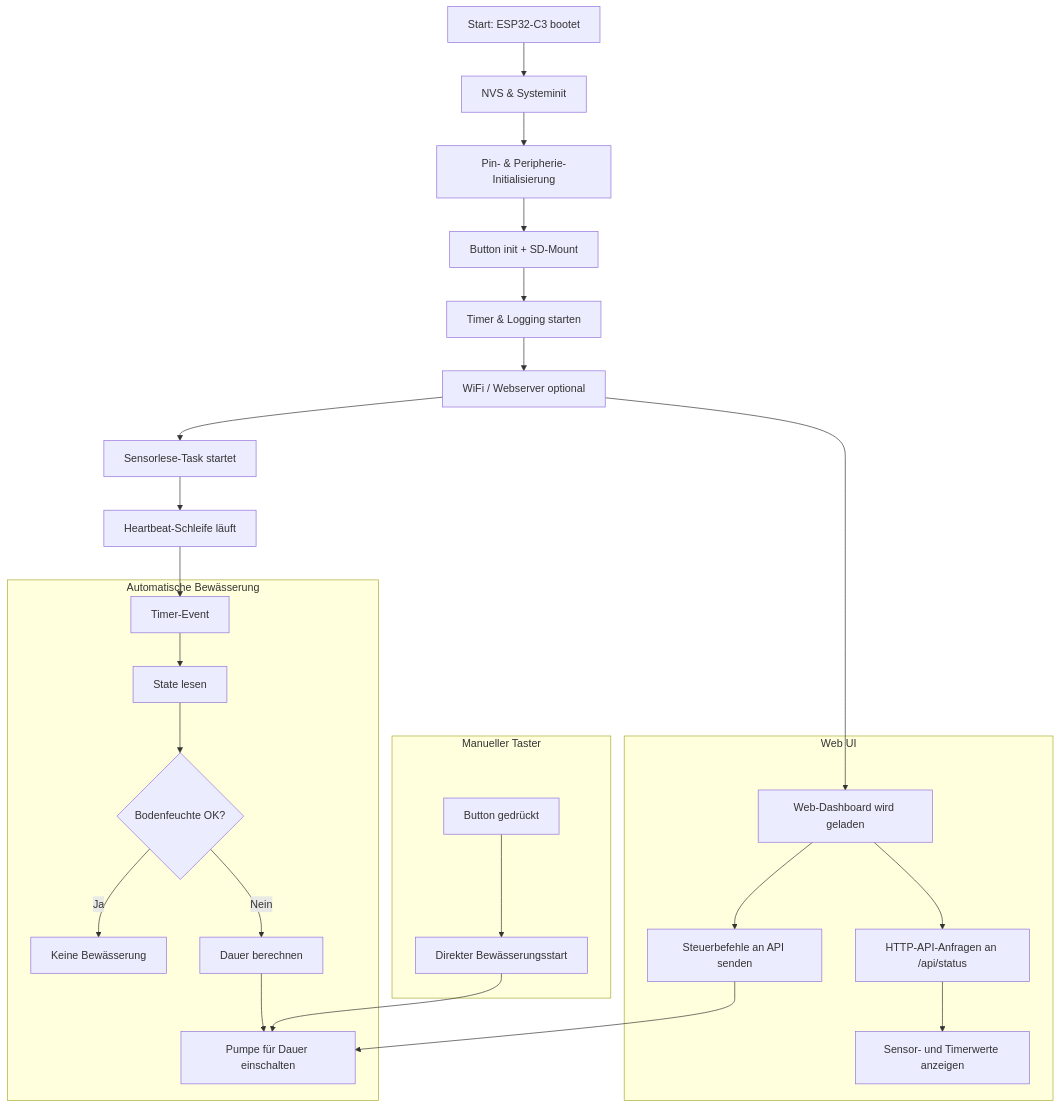
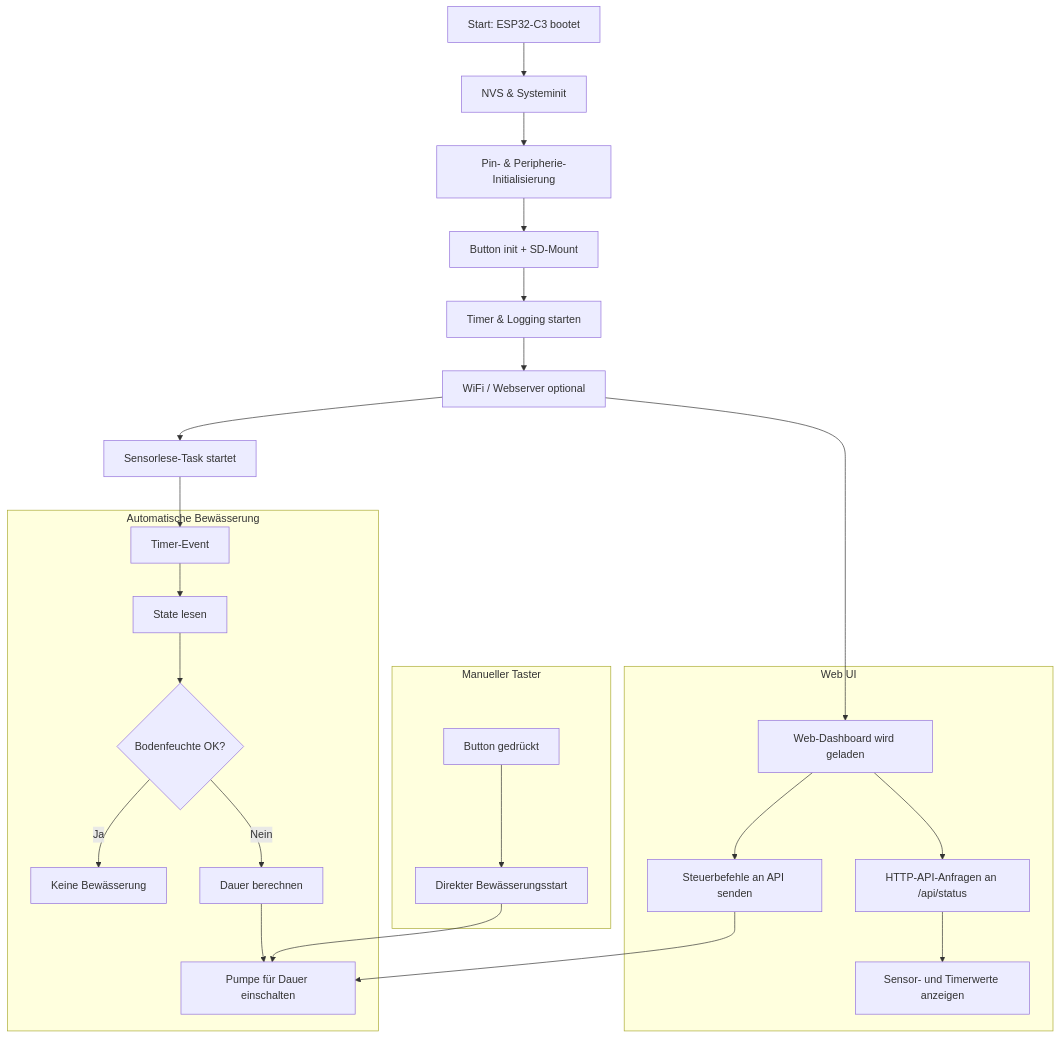
The diagram in README.md (Phantom-448/Plant_Irigation), drawn with Mermaid before and after one commit. The commit also changed other lines of this file and 3 other files, not shown here.

````diff
--- a/README.md
+++ b/README.md
@@ -63,34 +62,34 @@
 ```mermaid
 flowchart TD
     A[Start: ESP32-C3 bootet] --> B[NVS & Systeminit]
     B --> C[Pin- & Peripherie-Initialisierung]
     C --> D[Button init + SD-Mount]
     D --> E[Timer & Logging starten]
     E --> F[WiFi / Webserver optional]
-    F --> G[Sensorlese-Task startet]
-    G --> H[Heartbeat-Schleife läuft]
+    F --> H[Sensorlese-Task startet]
+    
 
     subgraph Web UI
         W[Web-Dashboard wird geladen]
         W --> X[HTTP-API-Anfragen an /api/status]
         X --> Y[Sensor- und Timerwerte anzeigen]
         W --> Z[Steuerbefehle an API senden]
     end
 
     subgraph Automatische Bewässerung
         I[Timer-Event] --> J[State lesen]
         J --> K{Bodenfeuchte OK?}
         K -- Ja --> L[Keine Bewässerung]
         K -- Nein --> M[Dauer berechnen]
         M --> N[Pumpe für Dauer einschalten]
     end
 
     subgraph Manueller Taster
         O[Button gedrückt] --> P[Direkter Bewässerungsstart]
         P --> N
     end
 
     H --> I
     F --> W
     Z --> N
 ```
````
